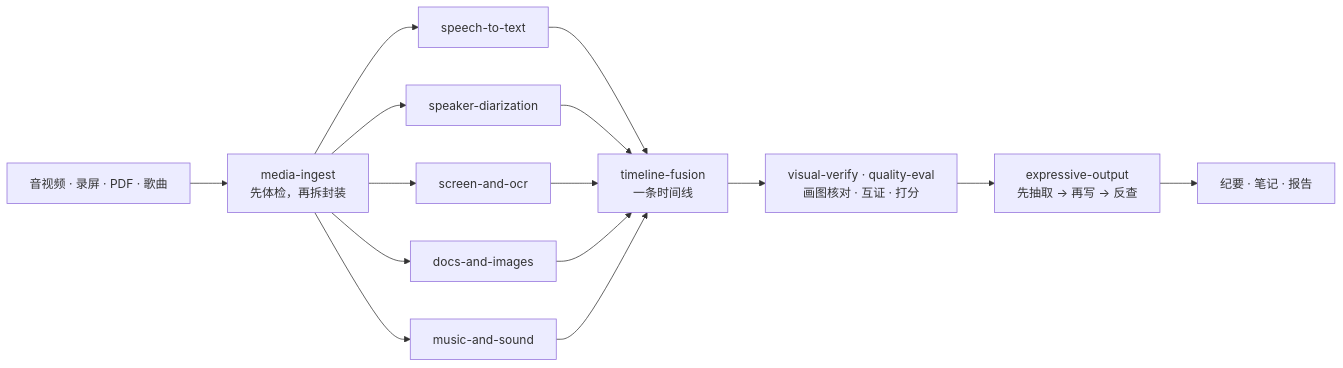
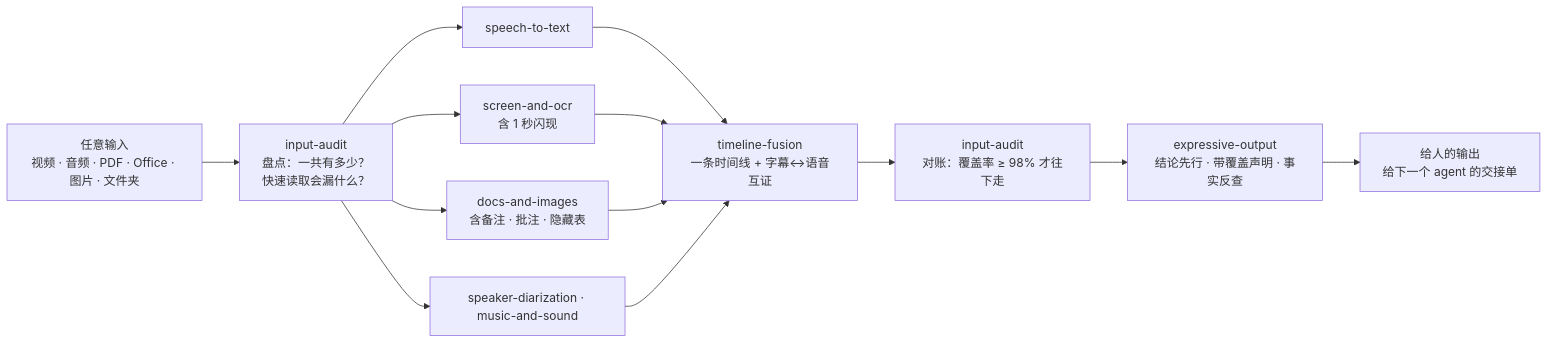
One commit to handsomeZR-netizen/solve-everything changed the diagram in README.md. Above: the diagram before and after it, drawn with Mermaid. The commit also changed other lines of this file and 79 other files, not shown here.

````diff
--- a/README.md
+++ b/README.md
@@ -85,13 +104,12 @@
 ```mermaid
 flowchart LR
-  A["音视频 · 录屏 · PDF · 歌曲"] --> B["media-ingest<br/>先体检，再拆封装"]
+  A["任意输入<br/>视频 · 音频 · PDF · Office · 图片 · 文件夹"] --> B["input-audit<br/>盘点：一共有多少？<br/>快速读取会漏什么？"]
   B --> C1["speech-to-text"]
-  B --> C2["speaker-diarization"]
-  B --> C3["screen-and-ocr"]
-  B --> C4["docs-and-images"]
-  B --> C5["music-and-sound"]
-  C1 & C2 & C3 & C4 & C5 --> D["timeline-fusion<br/>一条时间线"]
-  D --> E["visual-verify · quality-eval<br/>画图核对 · 互证 · 打分"]
-  E --> F["expressive-output<br/>先抽取 → 再写 → 反查"]
-  F --> G["纪要 · 笔记 · 报告"]
+  B --> C2["screen-and-ocr<br/>含 1 秒闪现"]
+  B --> C3["docs-and-images<br/>含备注 · 批注 · 隐藏表"]
+  B --> C4["speaker-diarization · music-and-sound"]
+  C1 & C2 & C3 & C4 --> D["timeline-fusion<br/>一条时间线 + 字幕↔语音互证"]
+  D --> E["input-audit<br/>对账：覆盖率 ≥ 98% 才往下走"]
+  E --> F["expressive-output<br/>结论先行 · 带覆盖声明 · 事实反查"]
+  F --> G["给人的输出<br/>给下一个 agent 的交接单"]
 ```
````
